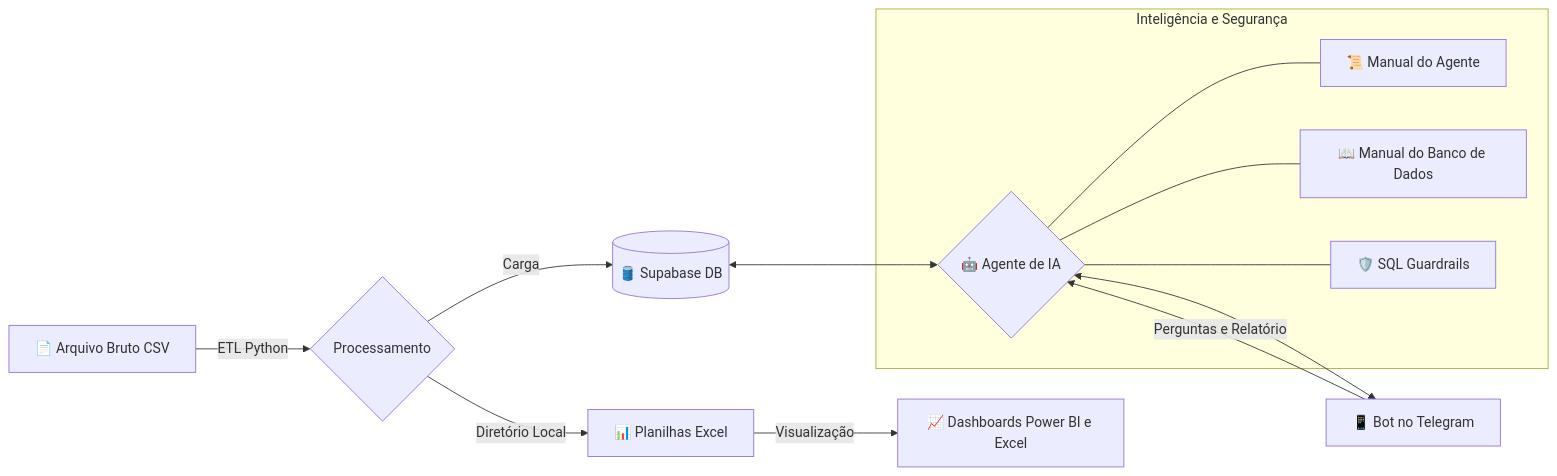
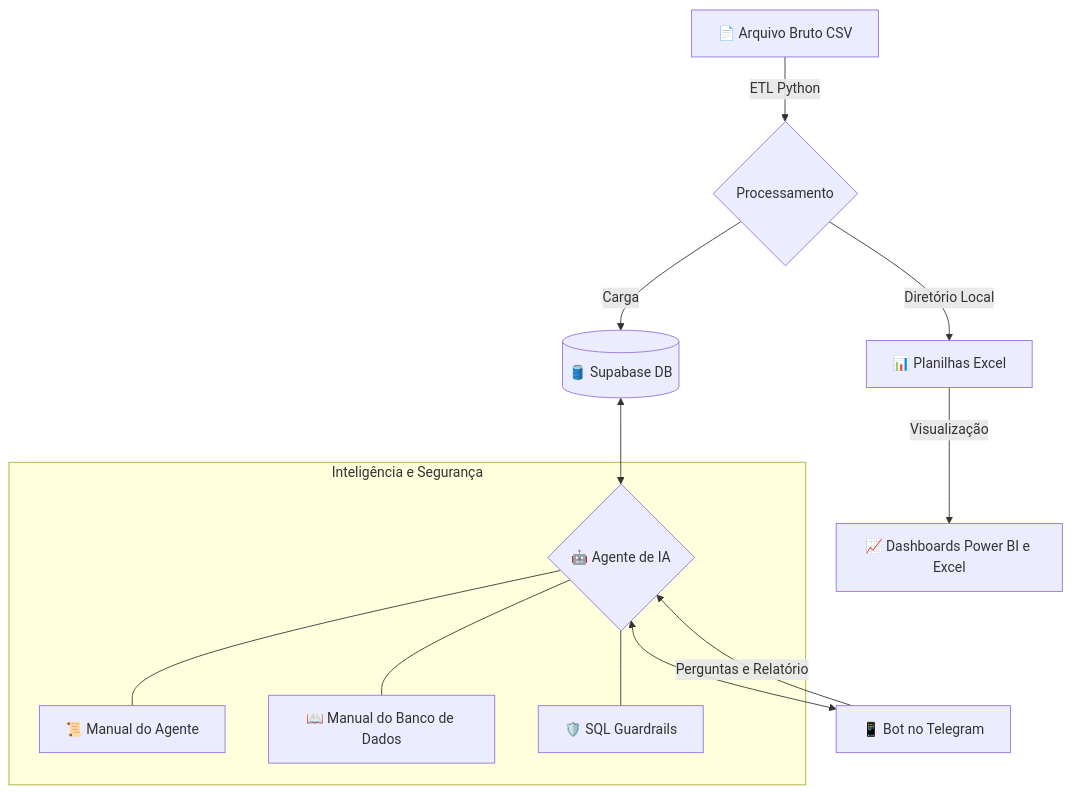
One commit to isinhah/data-analytics-ai-agent changed the diagram in README.md. Above: the diagram before and after it, drawn with Mermaid.

Commit message:
Change graph direction from LR to TD in README

````diff
--- a/README.md
+++ b/README.md
@@ -12,19 +12,19 @@
 ```mermaid
-graph LR
+graph TD
     A[📄 Arquivo Bruto CSV] -->|ETL Python| B{Processamento}
     B -->|Carga| C[(🛢️ Supabase DB)]
     B -->|Diretório Local| D[📊 Planilhas Excel]
     
     D -->|Visualização| E[📈 Dashboards Power BI e Excel]
     
     C <--> F{🤖 Agente de IA }
     
     subgraph Inteligência e Segurança
     F --- G[📜 Manual do Agente]
     F --- H[📖 Manual do Banco de Dados]
     F --- I[🛡️ SQL Guardrails]
     end
     
     F <--> J[📱 Bot no Telegram]
     J -->|Perguntas e Relatório| F
 ```
````
